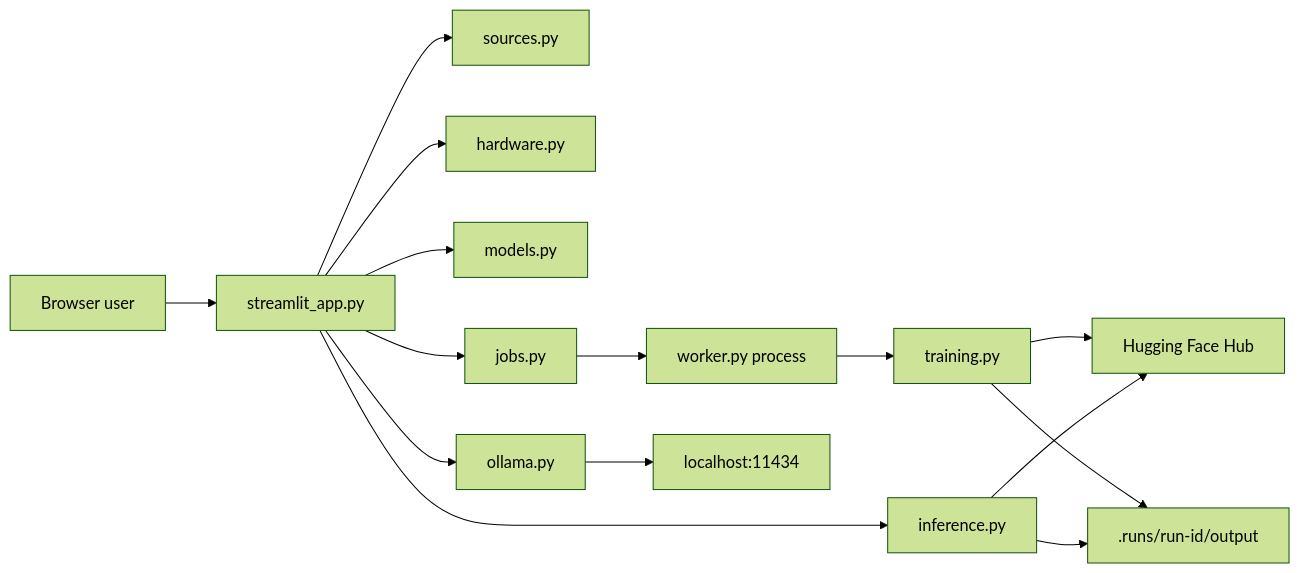
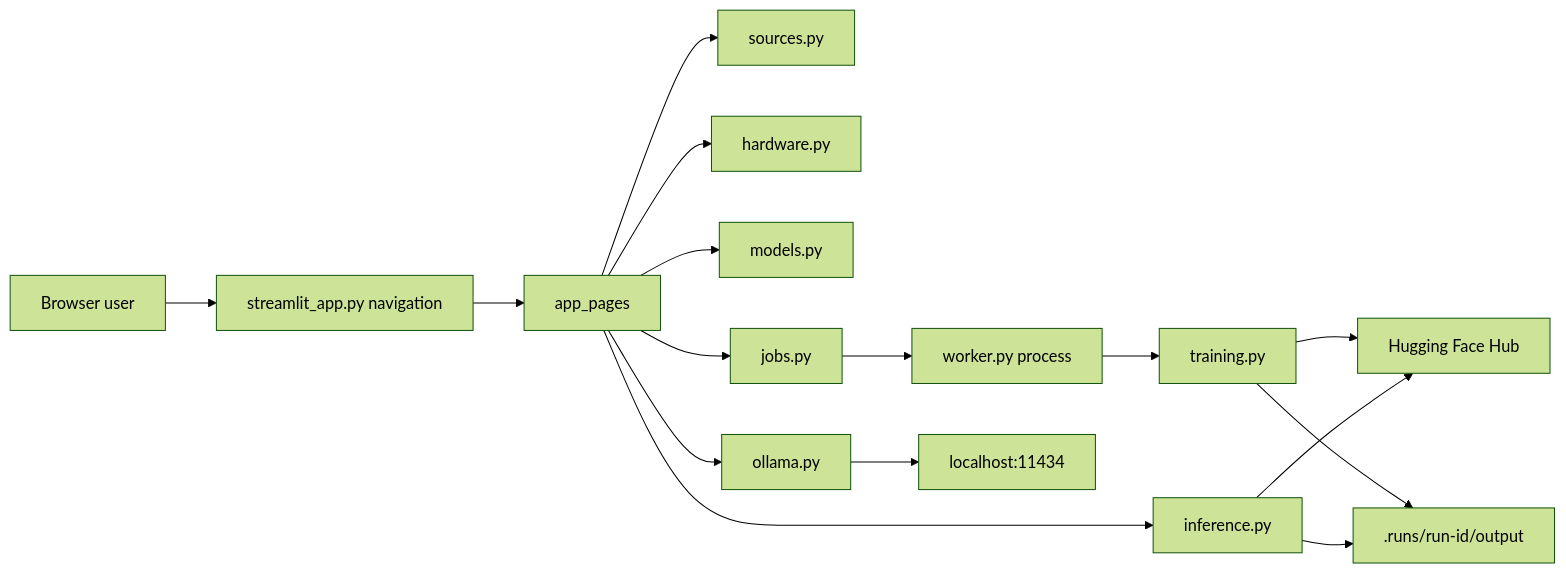
Before and after one commit to pypi-ahmad/lora-qlora-fine-tuning-app: the first of 2 diagrams in TECHNICAL.md, drawn with Mermaid (forest theme). The commit also changed other lines of this file and 30 other files, not shown here.

````diff
--- a/TECHNICAL.md
+++ b/TECHNICAL.md
@@ -31,17 +31,18 @@
 ```mermaid
 flowchart LR
-    User[Browser user] --> UI[streamlit_app.py]
-    UI --> Sources[sources.py]
-    UI --> Hardware[hardware.py]
-    UI --> Contracts[models.py]
-    UI --> Jobs[jobs.py]
+    User[Browser user] --> UI[streamlit_app.py navigation]
+    UI --> Pages[app_pages]
+    Pages --> Sources[sources.py]
+    Pages --> Hardware[hardware.py]
+    Pages --> Contracts[models.py]
+    Pages --> Jobs[jobs.py]
     Jobs --> Worker[worker.py process]
     Worker --> Training[training.py]
     Training --> HF[Hugging Face Hub]
     Training --> Runs[.runs/run-id/output]
-    UI --> Inference[inference.py]
+    Pages --> Inference[inference.py]
     Inference --> Runs
     Inference --> HF
-    UI --> Ollama[ollama.py]
+    Pages --> Ollama[ollama.py]
     Ollama --> LocalOllama[localhost:11434]
 ```
````
